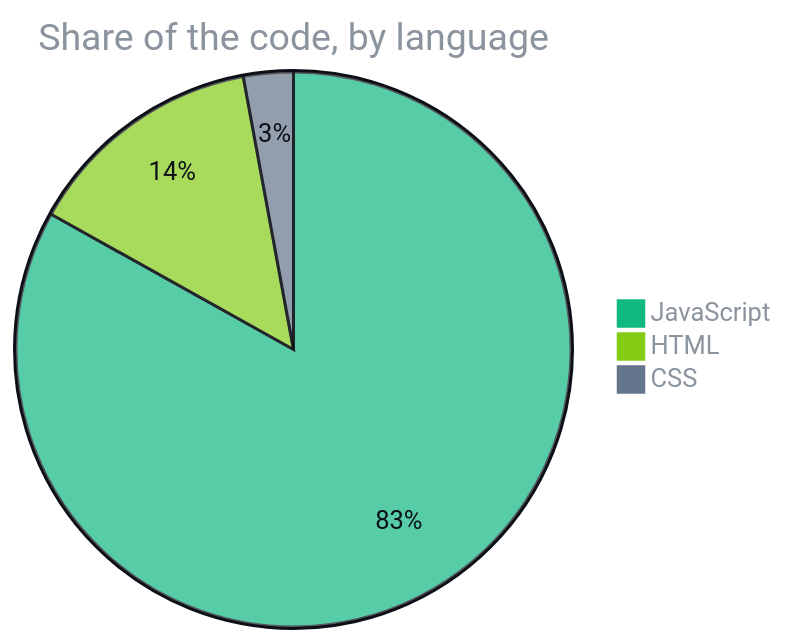
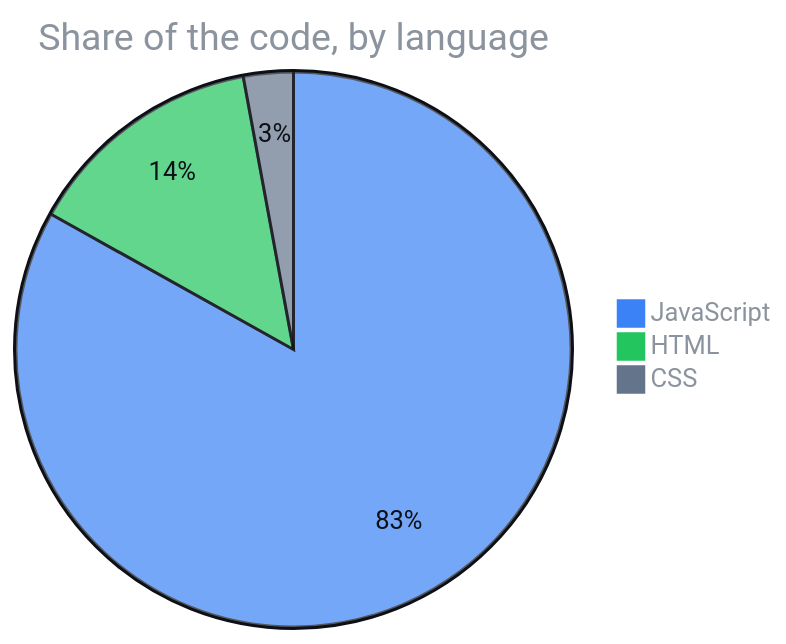
The second of 2 diagrams in README.md (F0rger123/lead-scraper-extension), drawn with Mermaid before and after one commit. The commit also changed other lines of this file and 3 other files, not shown here.

````diff
--- a/README.md
+++ b/README.md
@@ -59,7 +70,7 @@
 ```mermaid
-%%{init: {'theme':'base','themeVariables':{'pie1':'#10b981','pie2':'#84cc16','pie3':'#64748b','pie4':'#94a3b8','pie5':'#475569','pie6':'#cbd5e1','pie7':'#334155','pieStrokeColor':'#0d1117','pieOuterStrokeColor':'#0d1117','pieTitleTextColor':'#8b949e','pieLegendTextColor':'#8b949e','pieSectionTextColor':'#0d1117'}}}%%
+%%{init: {'theme':'base','themeVariables':{'pie1':'#3b82f6','pie2':'#22c55e','pie3':'#64748b','pie4':'#94a3b8','pie5':'#475569','pie6':'#cbd5e1','pie7':'#334155','pieStrokeColor':'#0d1117','pieOuterStrokeColor':'#0d1117','pieTitleTextColor':'#8b949e','pieLegendTextColor':'#8b949e','pieSectionTextColor':'#0d1117'}}}%%
 pie title Share of the code, by language
     "JavaScript" : 83.1
     "HTML" : 14.0
     "CSS" : 2.9
 ```
````
